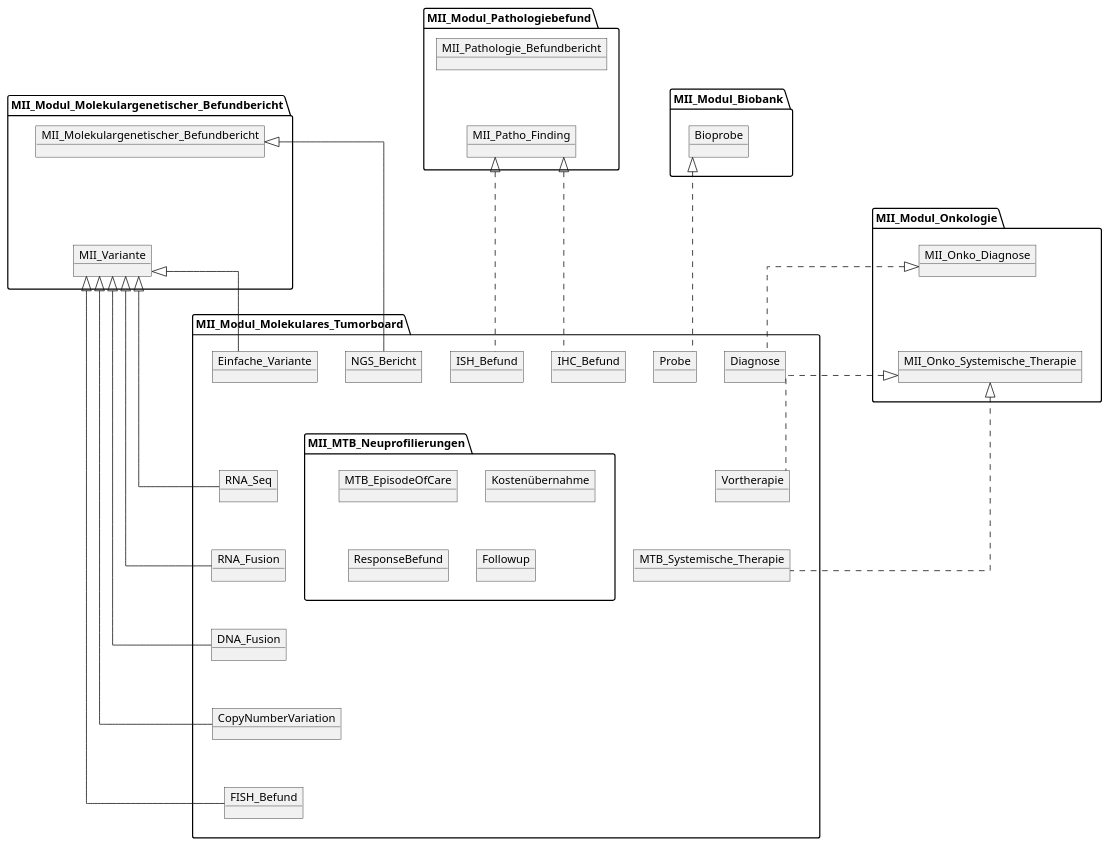
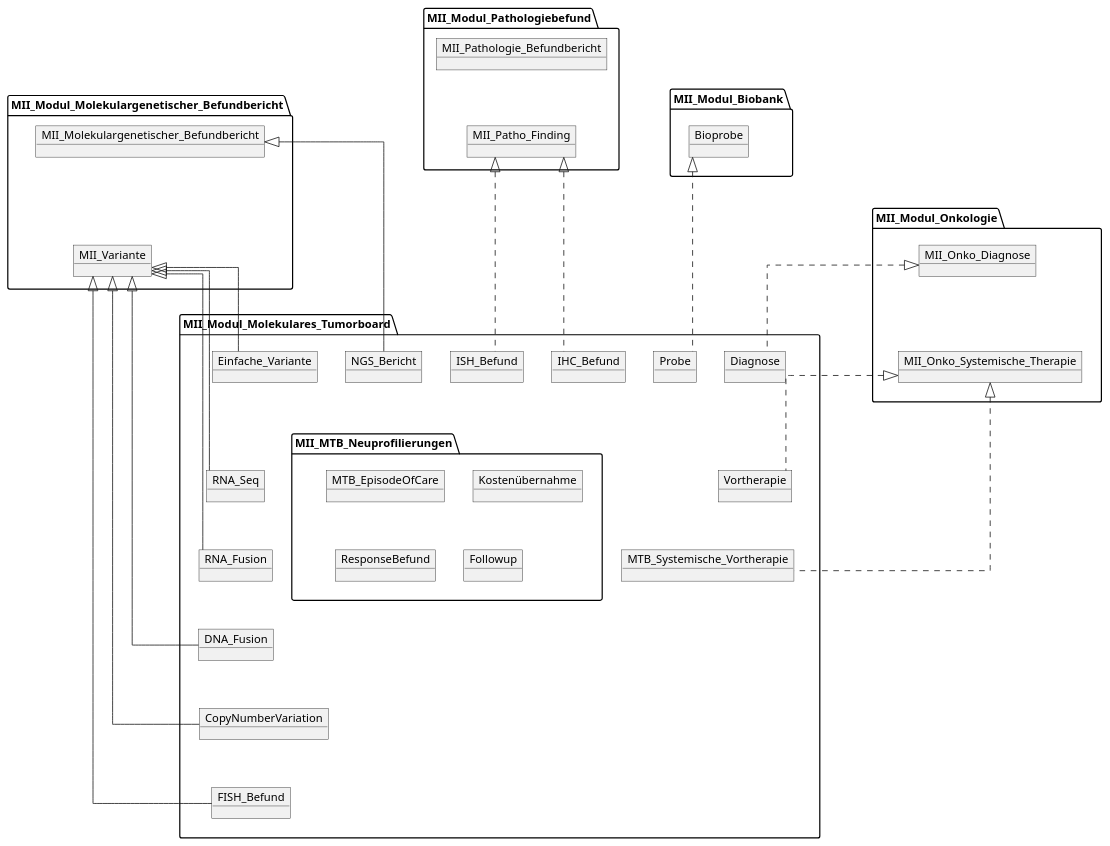
The diagram in information-model/MII_MTB_Overview.pu (medizininformatik-initiative/kerndatensatzmodul-molekulares-tumorboard), drawn with PlantUML before and after one commit. The commit also changed 17 other files, not shown here.

Commit message:
Renames "MTB Systemische Therapie" to "MTB Systemische Vortherapie"

```diff
--- a/information-model/MII_MTB_Overview.pu
+++ b/information-model/MII_MTB_Overview.pu
@@ -1,85 +1,85 @@
 @startuml MII_MTB_Overview
 skinparam Linetype ortho
 'skinparam linetype polyline
 
 package MII_Modul_Biobank {
  object Bioprobe
 
 }
 
 package MII_Modul_Pathologiebefund {
     object MII_Pathologie_Befundbericht
     object MII_Patho_Finding
     MII_Pathologie_Befundbericht -[hidden]down- MII_Patho_Finding
    
 }
 
 package MII_Modul_Molekulargenetischer_Befundbericht {
 object MII_Molekulargenetischer_Befundbericht
 object MII_Variante
 }
 package MII_Modul_Onkologie {
     object MII_Onko_Diagnose
     object MII_Onko_Systemische_Therapie
 }
 
 package MII_Modul_Molekulares_Tumorboard {
     object Probe
     Bioprobe <|... Probe
 
     object IHC_Befund
     object ISH_Befund
     MII_Patho_Finding <|... IHC_Befund 
     MII_Patho_Finding <|... ISH_Befund  
 
     object NGS_Bericht 
     MII_Molekulargenetischer_Befundbericht <|-left-- NGS_Bericht
     MII_Molekulargenetischer_Befundbericht -[hidden]down- MII_Variante
 
     object Einfache_Variante
     object RNA_Seq
     object RNA_Fusion
     object DNA_Fusion
     object CopyNumberVariation
     object FISH_Befund
 
     MII_Variante <|--- Einfache_Variante
     MII_Variante <|--- RNA_Seq
     MII_Variante <|--- RNA_Fusion
     MII_Variante <|--- DNA_Fusion
     MII_Variante <|--- CopyNumberVariation
     MII_Variante <|--- FISH_Befund
     Einfache_Variante -[hidden]down- RNA_Seq
     RNA_Seq -[hidden]down- RNA_Fusion
     RNA_Fusion -[hidden]down- DNA_Fusion
     DNA_Fusion -[hidden]down- CopyNumberVariation
     CopyNumberVariation -[hidden]down- FISH_Befund
 
     object Diagnose
     object Vortherapie
-    object MTB_Systemische_Therapie
+    object MTB_Systemische_Vortherapie
     MII_Onko_Diagnose <|... Diagnose
     MII_Onko_Systemische_Therapie <|... Vortherapie
-    MII_Onko_Systemische_Therapie <|... MTB_Systemische_Therapie
+    MII_Onko_Systemische_Therapie <|... MTB_Systemische_Vortherapie
     ISH_Befund -[hidden]right- IHC_Befund 
     Diagnose  -[hidden]down-Vortherapie
-    Vortherapie -[hidden]down- MTB_Systemische_Therapie
+    Vortherapie -[hidden]down- MTB_Systemische_Vortherapie
     
 
 
 package MII_MTB_Neuprofilierungen {
     object MTB_EpisodeOfCare
     object Kostenübernahme
     object ResponseBefund
     object Followup
     }
 
 ISH_Befund -[hidden]down- MII_MTB_Neuprofilierungen
 }
 MII_Modul_Biobank -[hidden]left-  MII_Modul_Molekulares_Tumorboard
 MII_Modul_Onkologie -[hidden]left-  MII_Modul_Molekulares_Tumorboard
-MII_Modul_Onkologie -[hidden]left-  MTB_Systemische_Therapie
+MII_Modul_Onkologie -[hidden]left-  MTB_Systemische_Vortherapie
 MII_Modul_Onkologie -[hidden]left-   Diagnose
 MII_Onko_Diagnose -[hidden]down- MII_Onko_Systemische_Therapie
 
 @enduml
```
